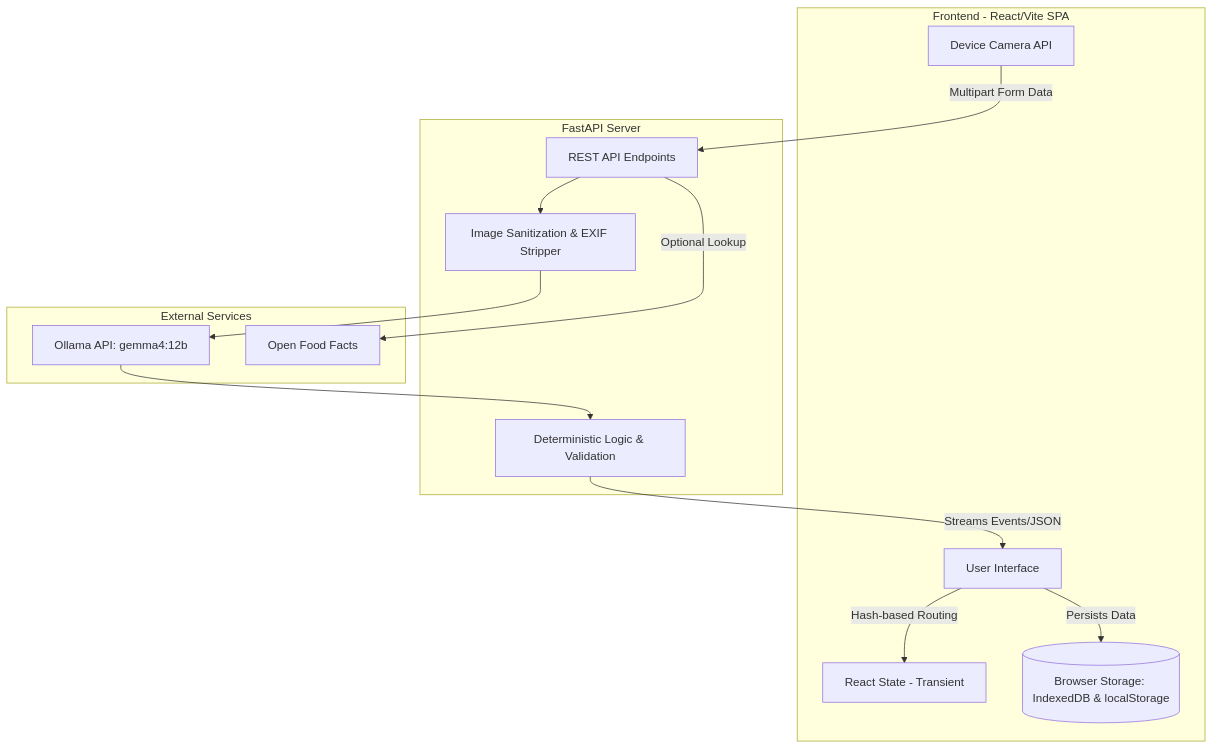
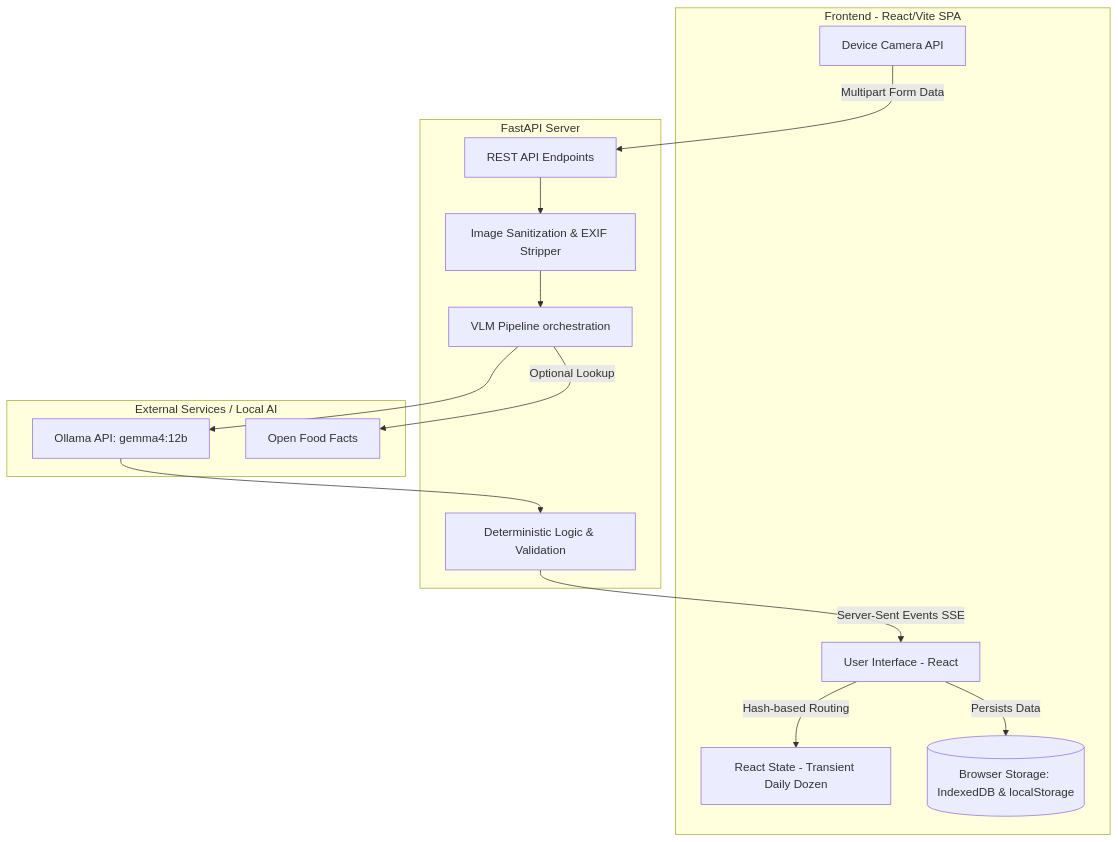
Before and after one commit to aaaaandreiii/NutritionTracker: the first of 2 diagrams in .md/ARCHITECTURE.md, drawn with Mermaid. The commit also changed other lines of this file and 10 other files, not shown here.

````diff
--- a/.md/ARCHITECTURE.md
+++ b/.md/ARCHITECTURE.md
@@ -7,30 +7,31 @@
 ```mermaid
 graph TD
     subgraph Client [Frontend - React/Vite SPA]
-        UI[User Interface]
-        State[React State - Transient]
+        UI[User Interface - React]
+        State[React State - Transient Daily Dozen]
         Storage[(Browser Storage: IndexedDB & localStorage)]
         Camera[Device Camera API]
     end
 
     subgraph Backend [FastAPI Server]
         API[REST API Endpoints]
         Sanitizer[Image Sanitization & EXIF Stripper]
+        VLM_Pipeline[VLM Pipeline orchestration]
         Validator[Deterministic Logic & Validation]
     end
 
-    subgraph External [External Services]
+    subgraph External [External Services / Local AI]
         Ollama[Ollama API: gemma4:12b]
         OFF[Open Food Facts]
     end
 
     UI -->|Hash-based Routing| State
     UI -->|Persists Data| Storage
     Camera -->|Multipart Form Data| API
     API --> Sanitizer
-    Sanitizer --> Ollama
-    API -->|Optional Lookup| OFF
+    Sanitizer --> VLM_Pipeline
+    VLM_Pipeline -->|Optional Lookup| OFF
+    VLM_Pipeline --> Ollama
     Ollama --> Validator
-    Validator -->|Streams Events/JSON| UI
-
+    Validator -->|Server-Sent Events SSE| UI
 ```
````
